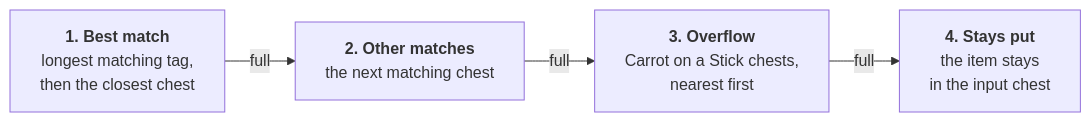
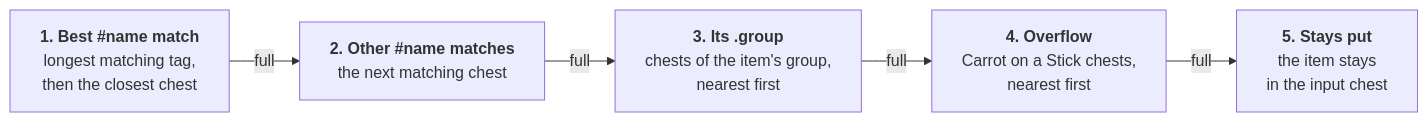
One commit to pontapaul/gems-sorting changed the diagram in README.md. Above: the diagram before and after it, drawn with Mermaid. The commit also changed other lines of this file and 22 other files, not shown here.

````diff
--- a/README.md
+++ b/README.md
@@ -57,6 +59,7 @@
 ```mermaid
 flowchart LR
-    A["<b>1. Best match</b><br>longest matching tag,<br>then the closest chest"] -->|full| B["<b>2. Other matches</b><br>the next matching chest"]
-    B -->|full| C["<b>3. Overflow</b><br>Carrot on a Stick chests,<br>nearest first"]
-    C -->|full| D["<b>4. Stays put</b><br>the item stays<br>in the input chest"]
+    A["<b>1. Best #name match</b><br>longest matching tag,<br>then the closest chest"] -->|full| B["<b>2. Other #name matches</b><br>the next matching chest"]
+    B -->|full| G["<b>3. Its .group</b><br>chests of the item's group,<br>nearest first"]
+    G -->|full| C["<b>4. Overflow</b><br>Carrot on a Stick chests,<br>nearest first"]
+    C -->|full| D["<b>5. Stays put</b><br>the item stays<br>in the input chest"]
 ```
````
